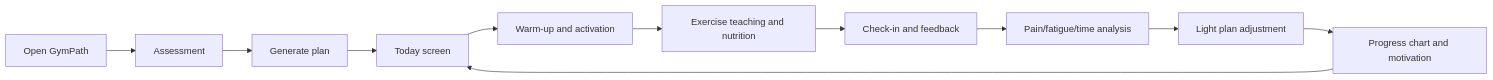
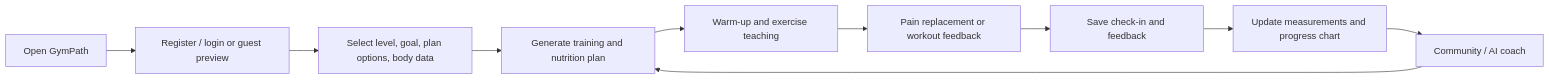
Before and after one commit to weiweiwei172997/programming-for-business-applications-group-project: the second of 2 diagrams in docs/TechDesign-GymPath-MVP.md, drawn with Mermaid. The commit also changed other lines of this file and 21 other files, not shown here.

Commit message:
docs: sync GymPath docs and persist user records

````diff
--- a/docs/TechDesign-GymPath-MVP.md
+++ b/docs/TechDesign-GymPath-MVP.md
@@ -160,13 +75,12 @@
 ```mermaid
 flowchart LR
-    A["Open GymPath"] --> B["Assessment"]
-    B --> C["Generate plan"]
-    C --> D["Today screen"]
-    D --> E["Warm-up and activation"]
-    E --> F["Exercise teaching and nutrition"]
-    F --> G["Check-in and feedback"]
-    G --> H["Pain/fatigue/time analysis"]
-    H --> I["Light plan adjustment"]
-    I --> J["Progress chart and motivation"]
-    J --> D
+    A["Open GymPath"] --> B["Register / login or guest preview"]
+    B --> C["Select level, goal, plan options, body data"]
+    C --> D["Generate training and nutrition plan"]
+    D --> E["Warm-up and exercise teaching"]
+    E --> F["Pain replacement or workout feedback"]
+    F --> G["Save check-in and feedback"]
+    G --> H["Update measurements and progress chart"]
+    H --> I["Community / AI coach"]
+    I --> D
 ```
````
